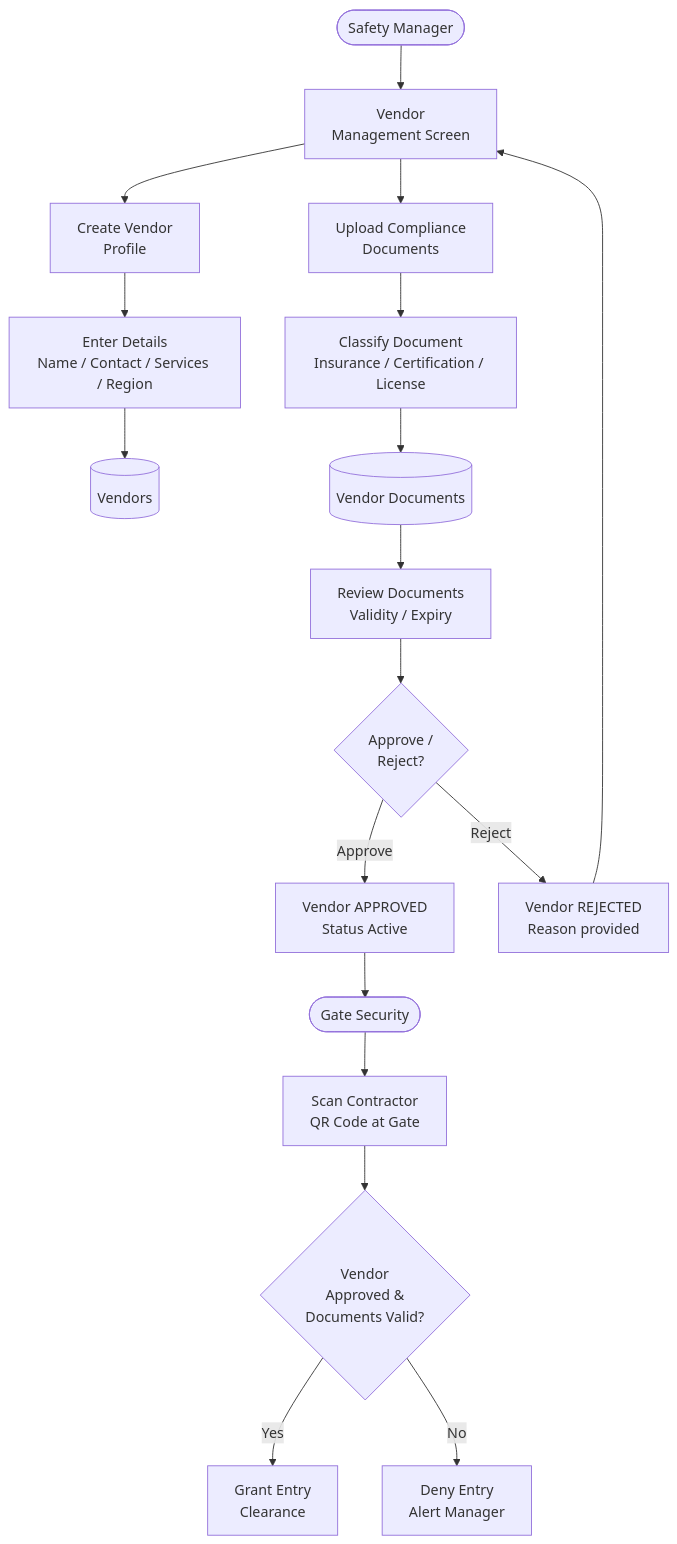
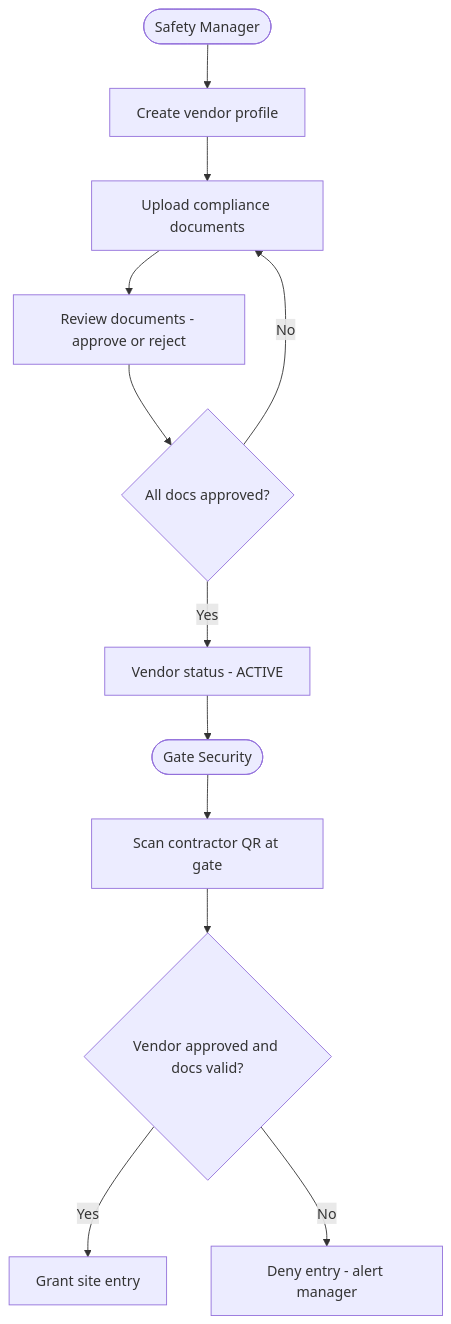
Before and after one commit to Nandan222001/health_smart_engage: the seventh of 10 diagrams in docs/diagrams/user_flow_diagram.md, drawn with Mermaid. The commit also changed other lines of this file and 15 other files, not shown here.

First line of the commit message:
fix: repair Mermaid rendering errors across all diagram files

````diff
--- a/docs/diagrams/user_flow_diagram.md
+++ b/docs/diagrams/user_flow_diagram.md
@@ -213,24 +175,15 @@
 ```mermaid
 flowchart TD
-    SM([Safety Manager]) --> VENDOR_SCREEN[Vendor\nManagement Screen]
-    VENDOR_SCREEN --> CREATE_VENDOR[Create Vendor\nProfile]
-    CREATE_VENDOR --> VENDOR_DETAILS[Enter Details\nName / Contact / Services / Region]
-    VENDOR_DETAILS --> DS_VENDOR[(Vendors)]
+    SM([Safety Manager]) --> CREATE_V[Create vendor profile]
+    CREATE_V --> UPLOAD_D[Upload compliance documents]
+    UPLOAD_D --> REVIEW[Review documents - approve or reject]
+    REVIEW --> APPROVED{All docs approved?}
+    APPROVED -->|No| UPLOAD_D
+    APPROVED -->|Yes| VENDOR_ACTIVE[Vendor status - ACTIVE]
 
-    VENDOR_SCREEN --> UPLOAD_DOCS[Upload Compliance\nDocuments]
-    UPLOAD_DOCS --> DOC_TYPE[Classify Document\nInsurance / Certification / License]
-    DOC_TYPE --> DS_VENDOR_DOCS[(Vendor Documents)]
-
-    DS_VENDOR_DOCS --> REVIEW[Review Documents\nValidity / Expiry]
-    REVIEW --> DECISION{Approve /\nReject?}
-
-    DECISION -->|Approve| APPROVED[Vendor APPROVED\nStatus Active]
-    DECISION -->|Reject| REJECTED_V[Vendor REJECTED\nReason provided]
-    REJECTED_V --> VENDOR_SCREEN
-
-    APPROVED --> GS([Gate Security])
-    GS --> SCAN[Scan Contractor\nQR Code at Gate]
-    SCAN --> VERIFY{Vendor\nApproved &\nDocuments Valid?}
-    VERIFY -->|Yes| CLEARANCE[Grant Entry\nClearance]
-    VERIFY -->|No| DENY[Deny Entry\nAlert Manager]
+    VENDOR_ACTIVE --> GS([Gate Security])
+    GS --> SCAN[Scan contractor QR at gate]
+    SCAN --> CHECK{Vendor approved and docs valid?}
+    CHECK -->|Yes| ENTRY[Grant site entry]
+    CHECK -->|No| DENY[Deny entry - alert manager]
 ```
````
